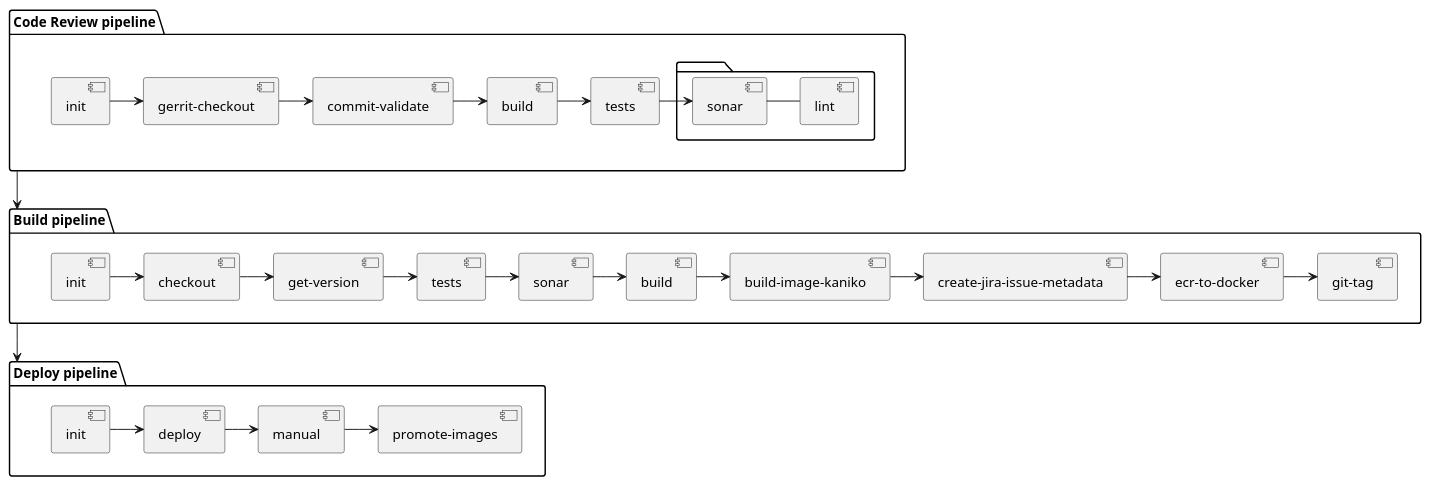
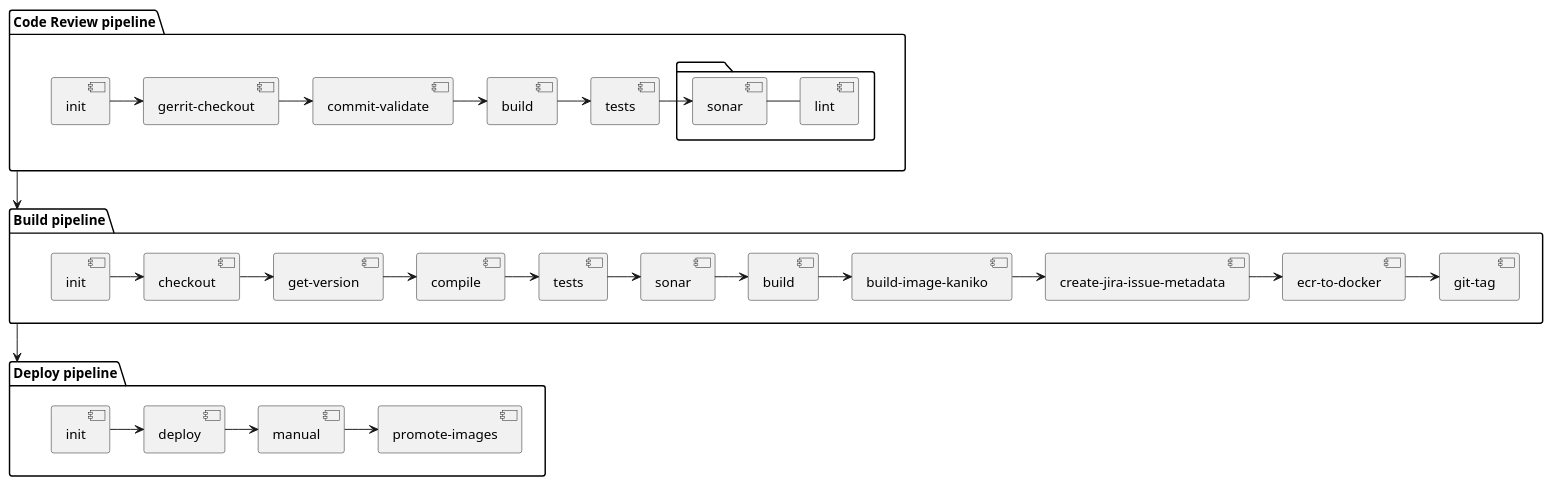
Before and after one commit to epam/edp-install: the diagram in docs/user-guide/stages.puml, drawn with PlantUML. The commit also changed 26 other files, not shown here.

```diff
--- a/docs/user-guide/stages.puml
+++ b/docs/user-guide/stages.puml
@@ -1,54 +1,56 @@
 @startuml
 package "Code Review pipeline" as 1 {
 [init] as i
 [gerrit-checkout]
 [commit-validate]
 [build] as b
 [tests] as t
 package {
 [sonar] as s
 [lint]
 }
 
 i->[gerrit-checkout]
 [gerrit-checkout]->[commit-validate]
 [commit-validate]->b
 b->t
 t->s
 s-[lint]
 }
 
 
 package "Build pipeline" as 2 {
 [init] as i1
 [checkout]
 [get-version]
+[compile]
 [tests] as t1
 [sonar] as s1
 [build] as b1
 [build-image-kaniko]
 [create-jira-issue-metadata]
 [ecr-to-docker]
 [git-tag]
 
 i1->[checkout]
 [checkout]->[get-version]
-[get-version]->t1
+[get-version]->[compile]
+[compile]->t1
 t1->s1
 s1->b1
 b1->[build-image-kaniko]
 [build-image-kaniko]->[create-jira-issue-metadata]
 [create-jira-issue-metadata]->[ecr-to-docker]
 [ecr-to-docker]->[git-tag]
 }
 
 package "Deploy pipeline" as 3 {
 [init] as i2
 i2->[deploy]
 [deploy]->[manual]
 [manual]->[promote-images]
 }
 
 1 -down->2
 2 -down->3
 @enduml
```
